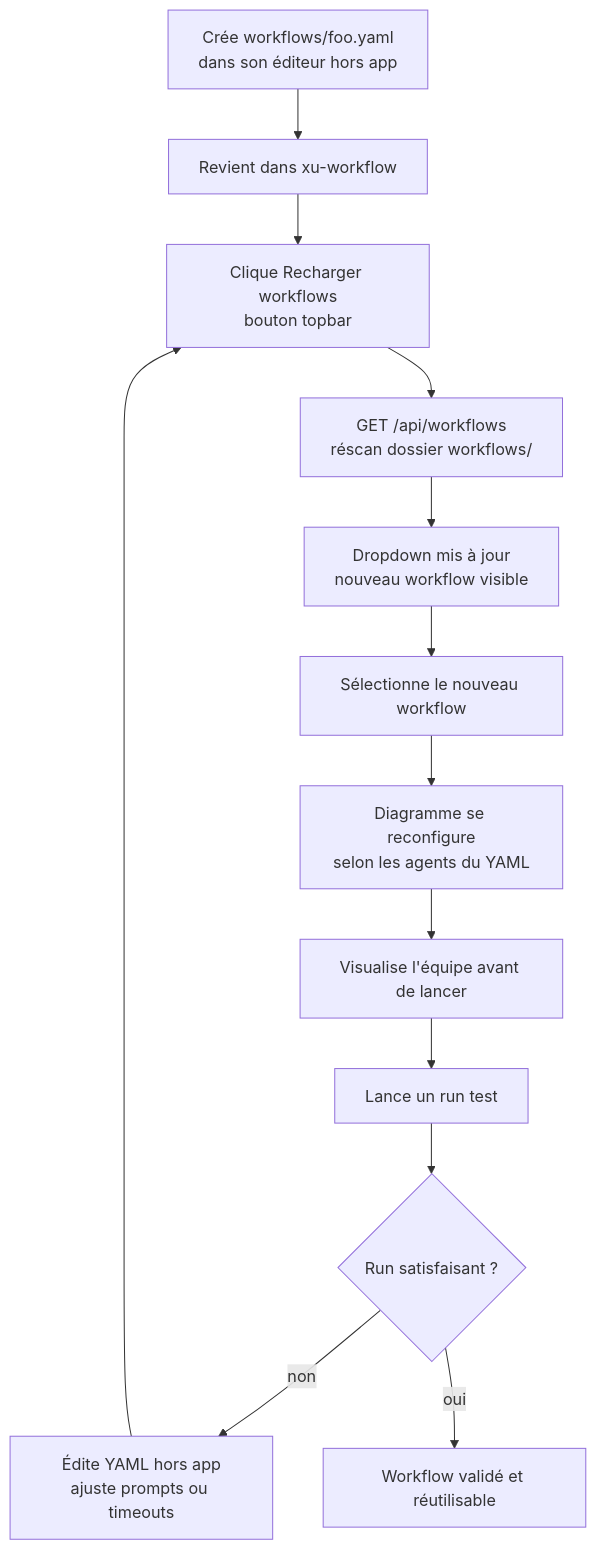
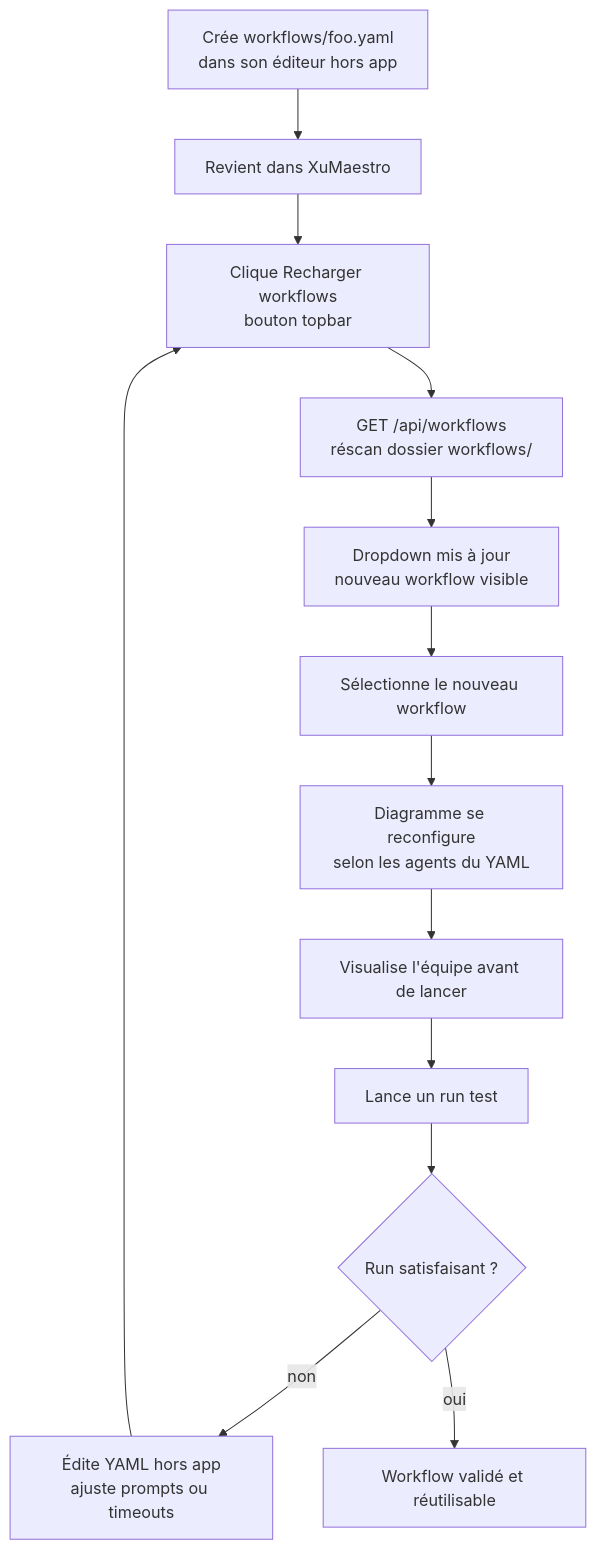
One commit to LTiollier/xu-maestro changed the third of 3 diagrams in docs/planning-artifacts/ux-design-specification.md. Above: the diagram before and after it, drawn with Mermaid. The commit also changed other lines of this file and 42 other files, not shown here.

````diff
--- a/docs/planning-artifacts/ux-design-specification.md
+++ b/docs/planning-artifacts/ux-design-specification.md
@@ -356,15 +356,15 @@
 ```mermaid
 flowchart TD
-    A[Crée workflows/foo.yaml\ndans son éditeur hors app] --> B[Revient dans xu-workflow]
+    A[Crée workflows/foo.yaml\ndans son éditeur hors app] --> B[Revient dans XuMaestro]
     B --> C[Clique Recharger workflows\nbouton topbar]
     C --> D[GET /api/workflows\nréscan dossier workflows/]
     D --> E[Dropdown mis à jour\nnouveau workflow visible]
     E --> F[Sélectionne le nouveau workflow]
     F --> G[Diagramme se reconfigure\nselon les agents du YAML]
     G --> H[Visualise l'équipe avant de lancer]
     H --> I[Lance un run test]
     I --> J{Run satisfaisant ?}
     J -- non --> K[Édite YAML hors app\najuste prompts ou timeouts]
     K --> C
     J -- oui --> L[Workflow validé et réutilisable]
 ```
````
